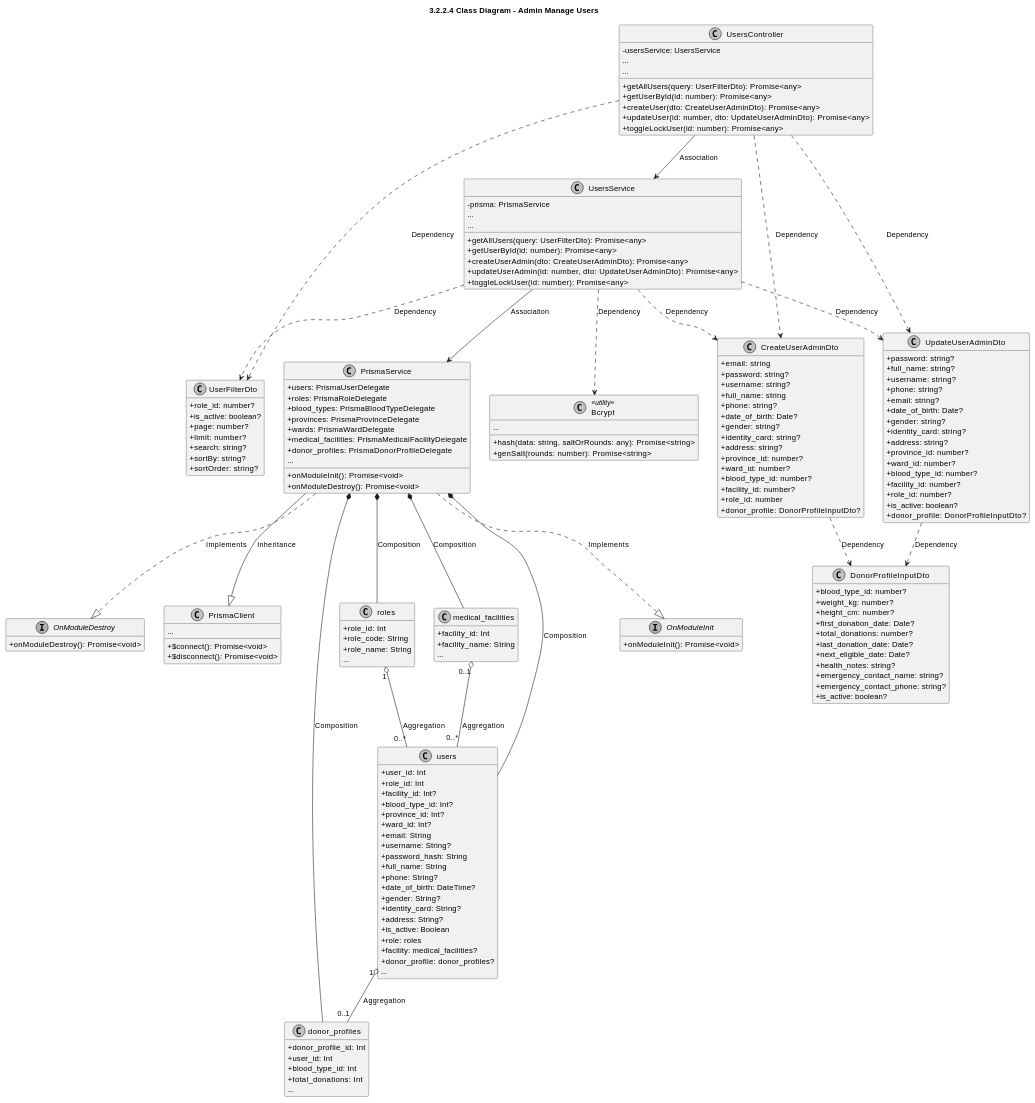
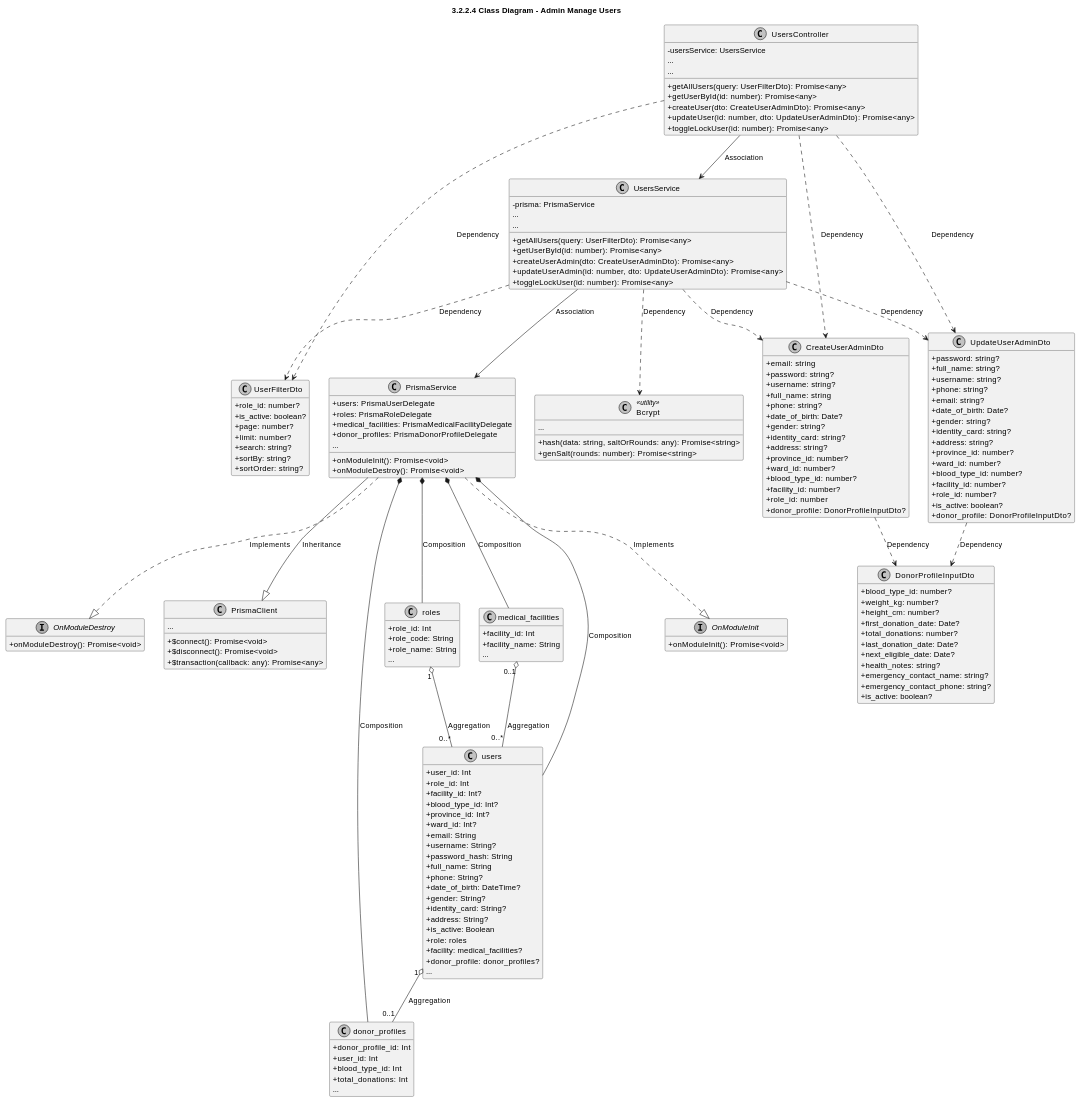
Before and after one commit to CuongBC195/class-diagram-donation-blood: the fifth of 6 diagrams in modules_plantuml/02_users.md, drawn with PlantUML. The commit also changed 39 other files, not shown here.

Commit message:
fix(diagrams): apply strict ellipsis rules and synchronize entity/DTO relationships across all 13 modules

```diff
--- a/modules_plantuml/02_users.md
+++ b/modules_plantuml/02_users.md
@@ -780,15 +780,13 @@
 class PrismaClient {
   +$connect(): Promise<void>
   +$disconnect(): Promise<void>
+  +$transaction(callback: any): Promise<any>
   ...
 }
 
 class PrismaService {
   +users: PrismaUserDelegate
   +roles: PrismaRoleDelegate
-  +blood_types: PrismaBloodTypeDelegate
-  +provinces: PrismaProvinceDelegate
-  +wards: PrismaWardDelegate
   +medical_facilities: PrismaMedicalFacilityDelegate
   +donor_profiles: PrismaDonorProfileDelegate
   ...
```
